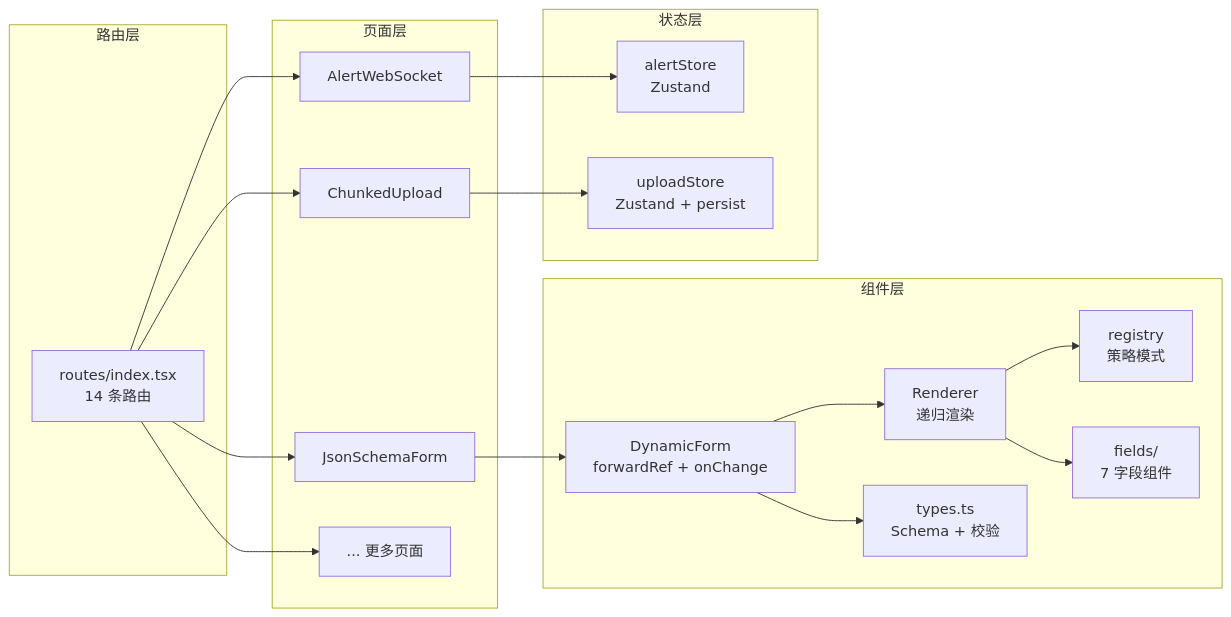
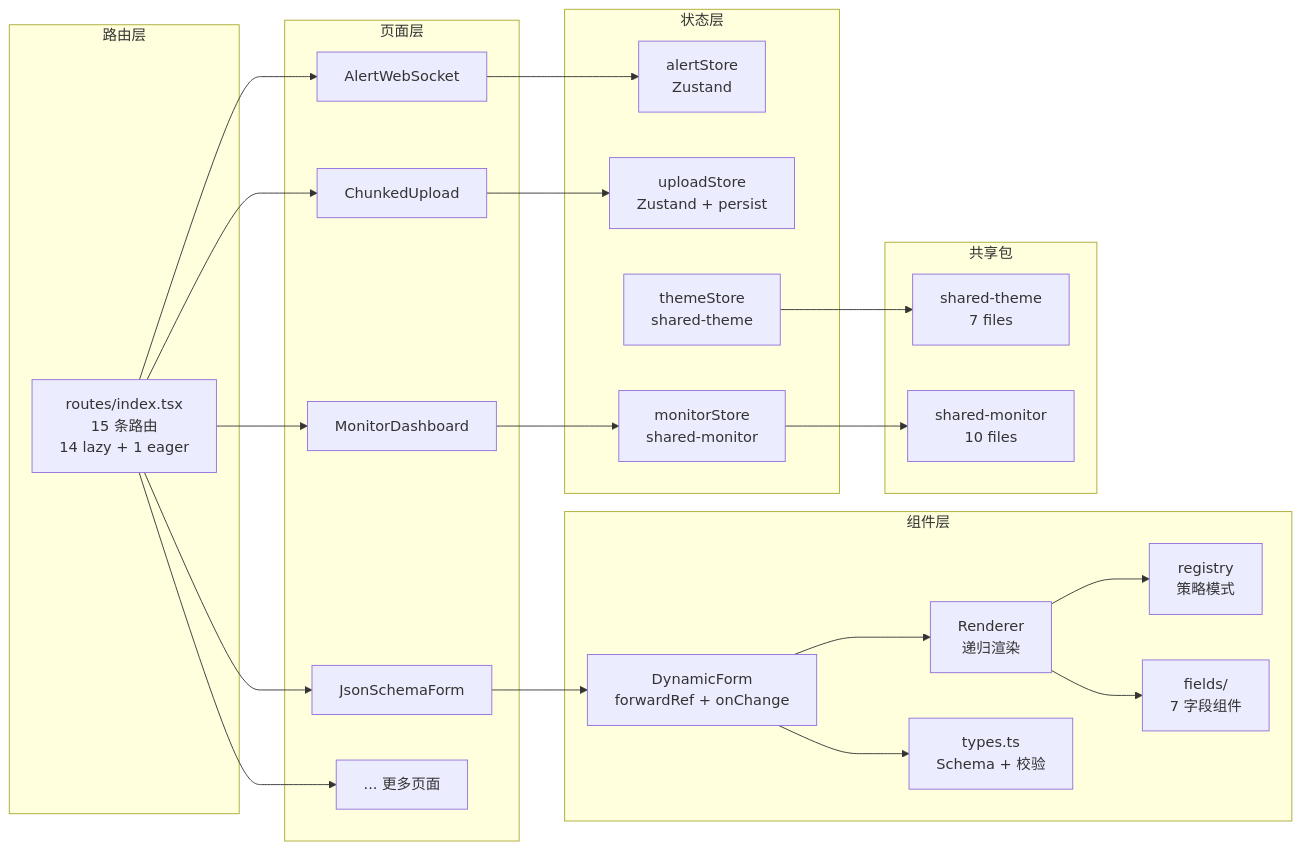
The seventh of 51 diagrams in docs/WIKI.md (KMaybe01/interview-demo), drawn with Mermaid before and after one commit. The commit also changed other lines of this file and 1 other file, not shown here.

````diff
--- a/docs/WIKI.md
+++ b/docs/WIKI.md
@@ -478,33 +515,44 @@
 ```mermaid
 graph LR
     subgraph Routes["路由层"]
-        R["routes/index.tsx<br/>14 条路由"]
+        R["routes/index.tsx<br/>15 条路由<br/>14 lazy + 1 eager"]
     end
 
     subgraph Pages["页面层"]
         JSF["JsonSchemaForm"]
         AWS["AlertWebSocket"]
         CU["ChunkedUpload"]
+        MD["MonitorDashboard"]
         OTHER["... 更多页面"]
     end
 
     subgraph Components["组件层"]
         DF["DynamicForm<br/>forwardRef + onChange"]
         REN["Renderer<br/>递归渲染"]
         REG["registry<br/>策略模式"]
         TYPES["types.ts<br/>Schema + 校验"]
         FIELDS["fields/<br/>7 字段组件"]
     end
 
     subgraph Stores["状态层"]
         AS["alertStore<br/>Zustand"]
         US["uploadStore<br/>Zustand + persist"]
+        MS["monitorStore<br/>shared-monitor"]
+        TS["themeStore<br/>shared-theme"]
     end
 
-    R --> JSF & AWS & CU & OTHER
+    subgraph Shared["共享包"]
+        TH["shared-theme<br/>7 files"]
+        MO["shared-monitor<br/>10 files"]
+    end
+
+    R --> JSF & AWS & CU & MD & OTHER
     JSF --> DF --> REN --> REG
     DF --> TYPES
     REN --> FIELDS
     AWS --> AS
     CU --> US
+    MD --> MS
+    TS --> TH
+    MS --> MO
 ```
````
